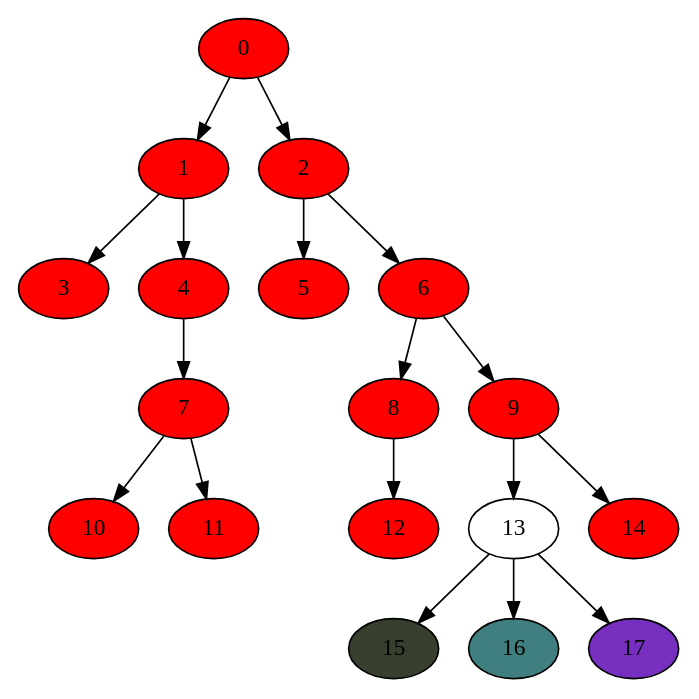
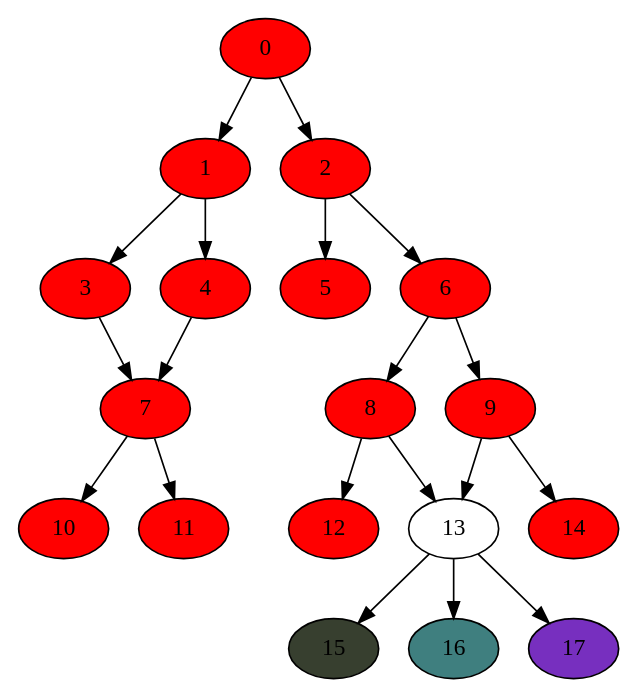
One commit to MenshovSergey/Fitch changed the diagram in fitch_res_cactus.dot. Above: the diagram before and after it, drawn with Graphviz. The commit also changed 5 other files, not shown here.

```diff
--- a/fitch_res_cactus.dot
+++ b/fitch_res_cactus.dot
@@ -1,36 +1,38 @@
 digraph fitch_res_cactus{
 0 [style=filled,fillcolor="1.0 1.0 1.0"]
 0->1;
 1 [style=filled,fillcolor="1.0 1.0 1.0"]
 1->3;
 3 [style=filled,fillcolor="1.0 1.0 1.0"]
-1->4;
-4 [style=filled,fillcolor="1.0 1.0 1.0"]
-4->7;
+3->7;
 7 [style=filled,fillcolor="1.0 1.0 1.0"]
 7->10;
 10 [style=filled,fillcolor="1.0 1.0 1.0"]
 7->11;
 11 [style=filled,fillcolor="1.0 1.0 1.0"]
+1->4;
+4 [style=filled,fillcolor="1.0 1.0 1.0"]
+4->7;
 0->2;
 2 [style=filled,fillcolor="1.0 1.0 1.0"]
 2->5;
 5 [style=filled,fillcolor="1.0 1.0 1.0"]
 2->6;
 6 [style=filled,fillcolor="1.0 1.0 1.0"]
 6->8;
 8 [style=filled,fillcolor="1.0 1.0 1.0"]
 8->12;
 12 [style=filled,fillcolor="1.0 1.0 1.0"]
-6->9;
-9 [style=filled,fillcolor="1.0 1.0 1.0"]
-9->13;
+8->13;
 13->15;
 15 [style=filled,fillcolor="0.25 0.25 0.25"]
 13->16;
 16 [style=filled,fillcolor="0.5 0.5 0.5"]
 13->17;
 17 [style=filled,fillcolor="0.75 0.75 0.75"]
+6->9;
+9 [style=filled,fillcolor="1.0 1.0 1.0"]
+9->13;
 9->14;
 14 [style=filled,fillcolor="1.0 1.0 1.0"]
 }
```
